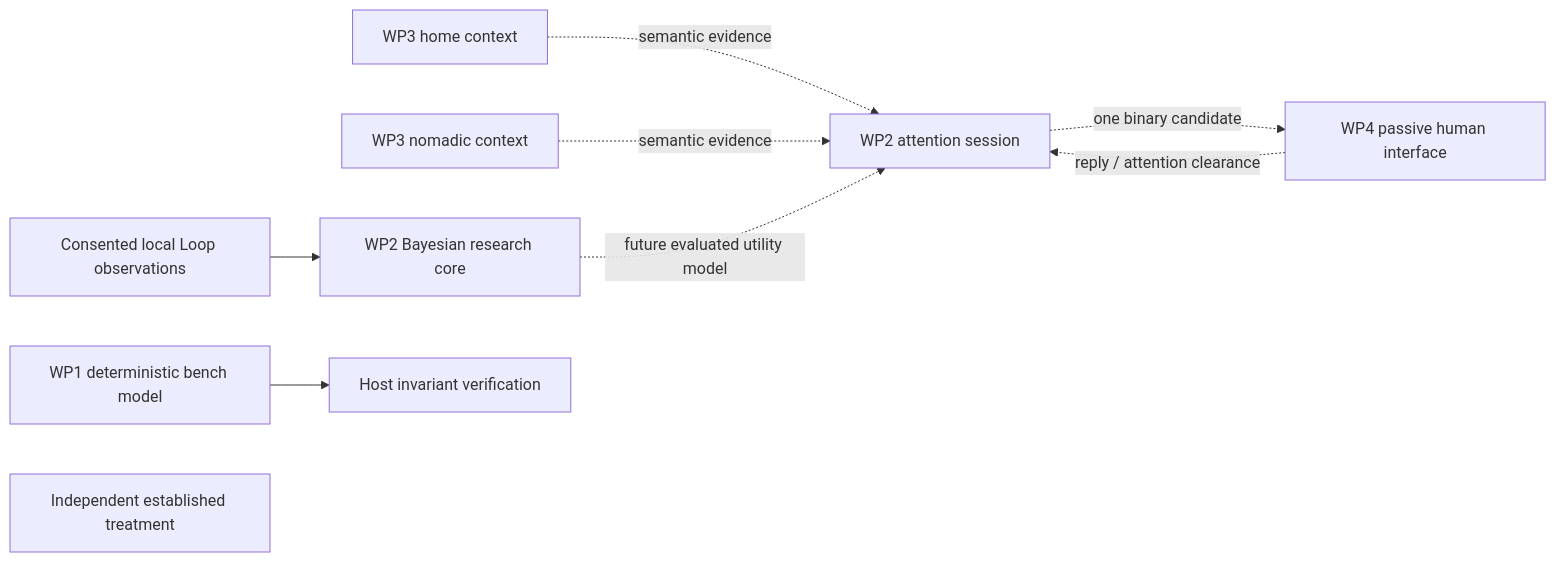
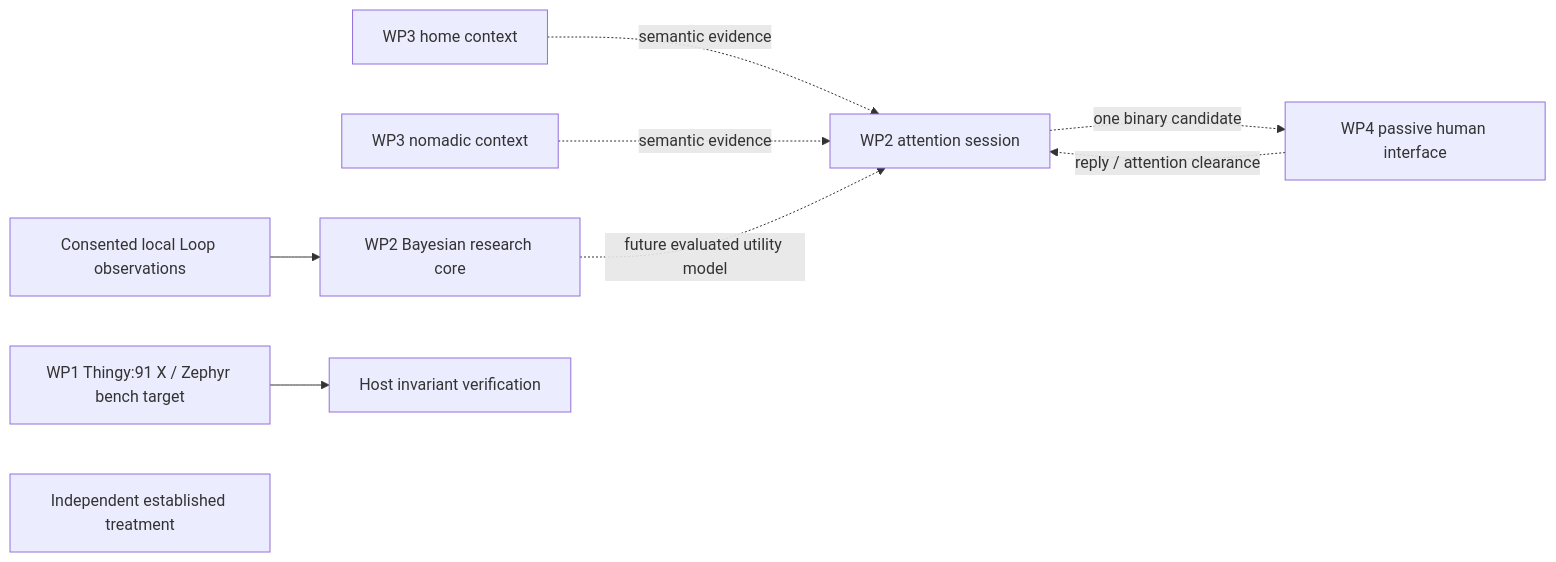
One commit to thebookoftheway3/project-live changed the diagram in README.md. Above: the diagram before and after it, drawn with Mermaid. The commit also changed other lines of this file and 38 other files, not shown here.

Commit message:
Target WP1 research firmware at Nordic Thingy:91 X with Zephyr

````diff
--- a/README.md
+++ b/README.md
@@ -23,11 +23,11 @@
 ```mermaid
 flowchart LR
     P[Consented local Loop observations] --> B[WP2 Bayesian research core]
     H[WP3 home context] -. semantic evidence .-> Q[WP2 attention session]
     N[WP3 nomadic context] -. semantic evidence .-> Q
     B -. future evaluated utility model .-> Q
     Q -. one binary candidate .-> U[WP4 passive human interface]
     U -. reply / attention clearance .-> Q
-    M[WP1 deterministic bench model] --> V[Host invariant verification]
+    M[WP1 Thingy:91 X / Zephyr bench target] --> V[Host invariant verification]
     T[Independent established treatment]
 ```
````
